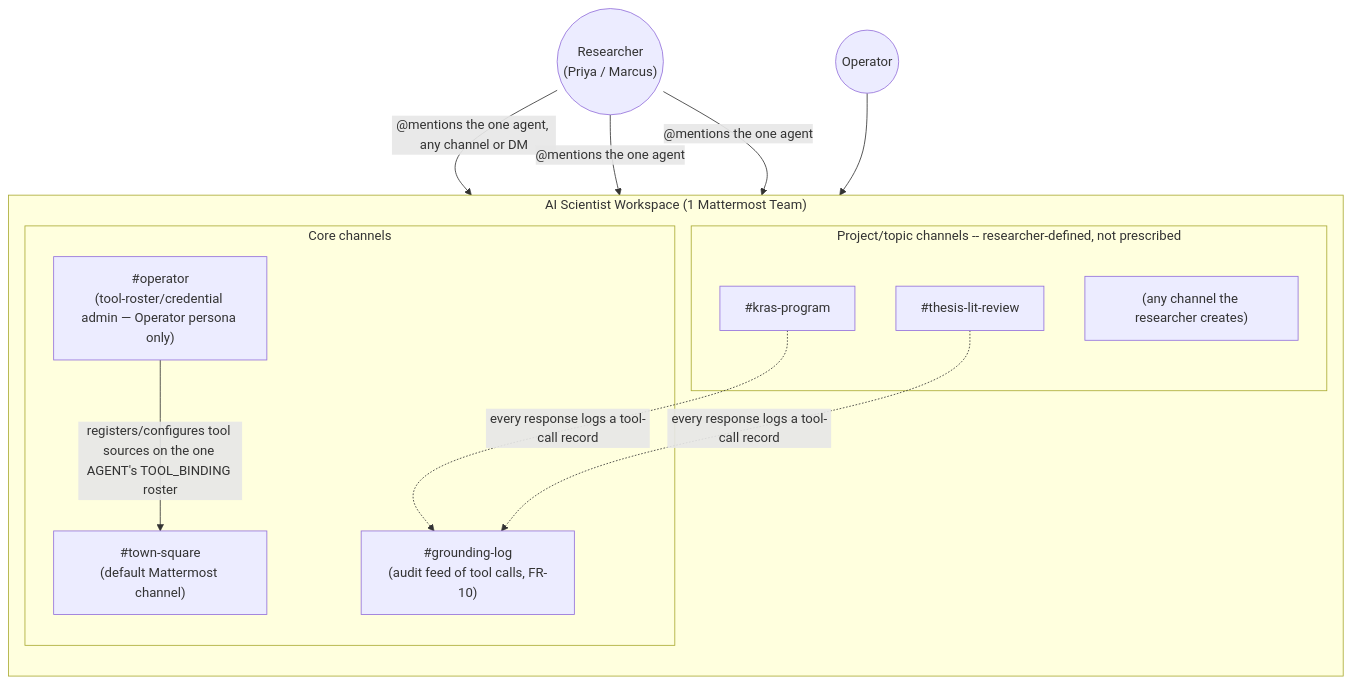
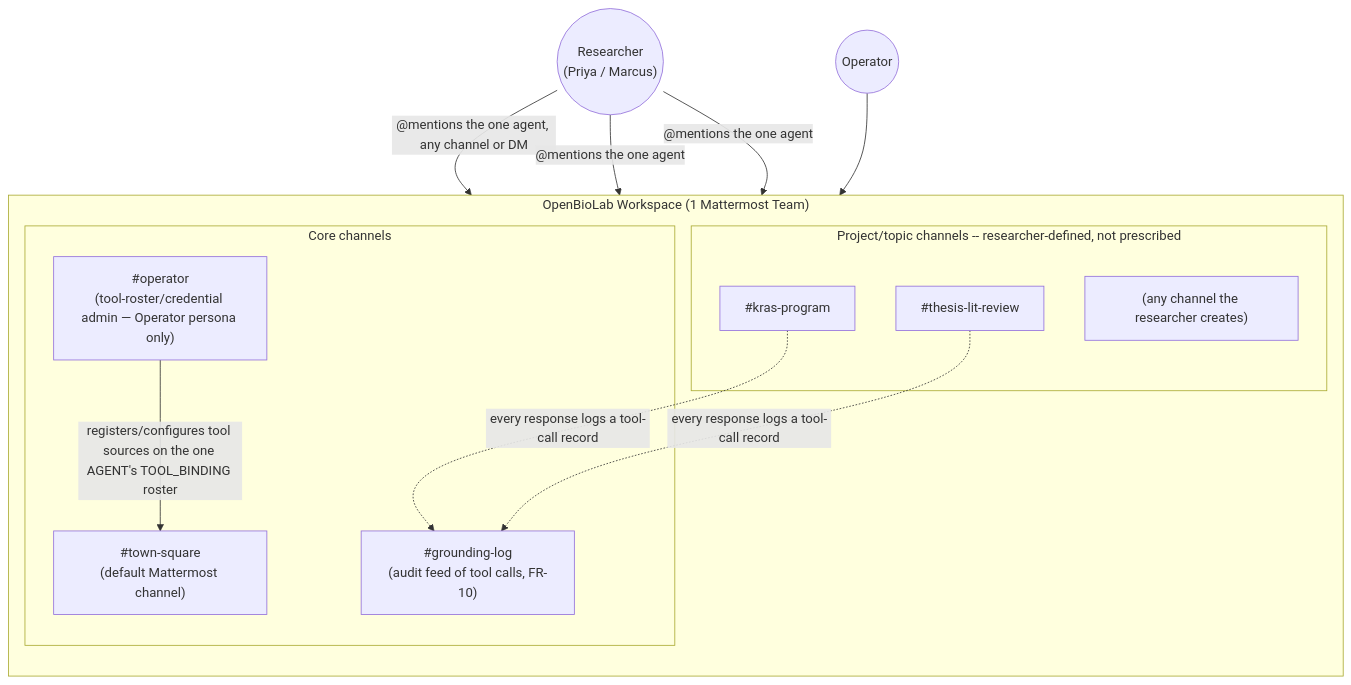
The first of 2 diagrams in docs/04-information-architecture.md (RohanV01/AI-BioScientist), drawn with Mermaid before and after one commit. The commit also changed 11 other files, not shown here.

First line of the commit message:
Rename product to OpenBioLab; remove shared default admin password

````diff
--- a/docs/04-information-architecture.md
+++ b/docs/04-information-architecture.md
@@ -19,27 +19,27 @@
 ```mermaid
 graph TD
-    subgraph Team["AI Scientist Workspace (1 Mattermost Team)"]
+    subgraph Team["OpenBioLab Workspace (1 Mattermost Team)"]
         direction TB
 
         subgraph Core["Core channels"]
             Town["#town-square<br/>(default Mattermost channel)"]
             Ops["#operator<br/>(tool-roster/credential admin — Operator persona only)"]
             Log["#grounding-log<br/>(audit feed of tool calls, FR-10)"]
         end
 
         subgraph Project["Project/topic channels -- researcher-defined, not prescribed"]
             P1["#kras-program"]
             P2["#thesis-lit-review"]
             P3["(any channel the researcher creates)"]
         end
     end
 
     Researcher(("Researcher<br/>(Priya / Marcus)")) -->|"@mentions the one agent, any channel or DM"| P1
     Researcher -->|"@mentions the one agent"| P2
     Researcher -->|"@mentions the one agent"| Town
     Operator(("Operator")) --> Ops
     Ops -->|"registers/configures tool sources on the one AGENT's TOOL_BINDING roster"| Town
 
     P1 -.->|"every response logs a tool-call record"| Log
     P2 -.->|"every response logs a tool-call record"| Log
 ```
````
